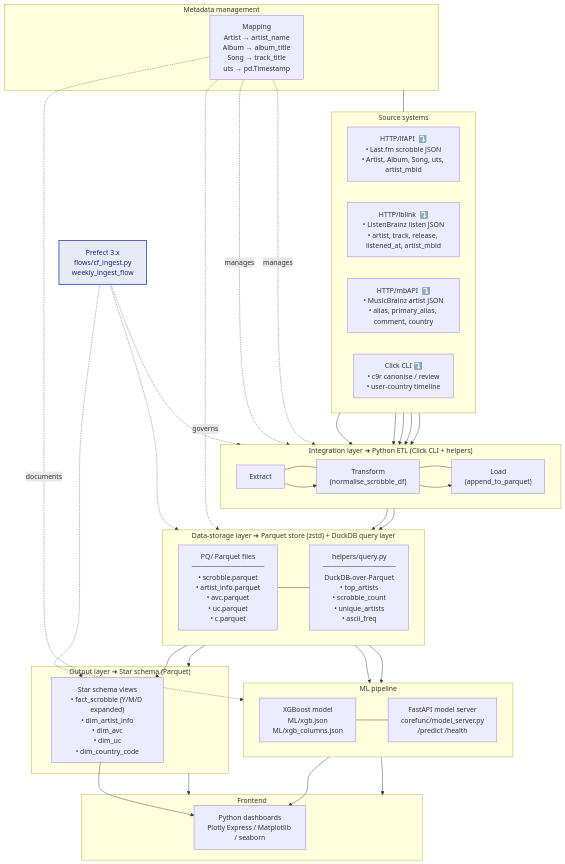
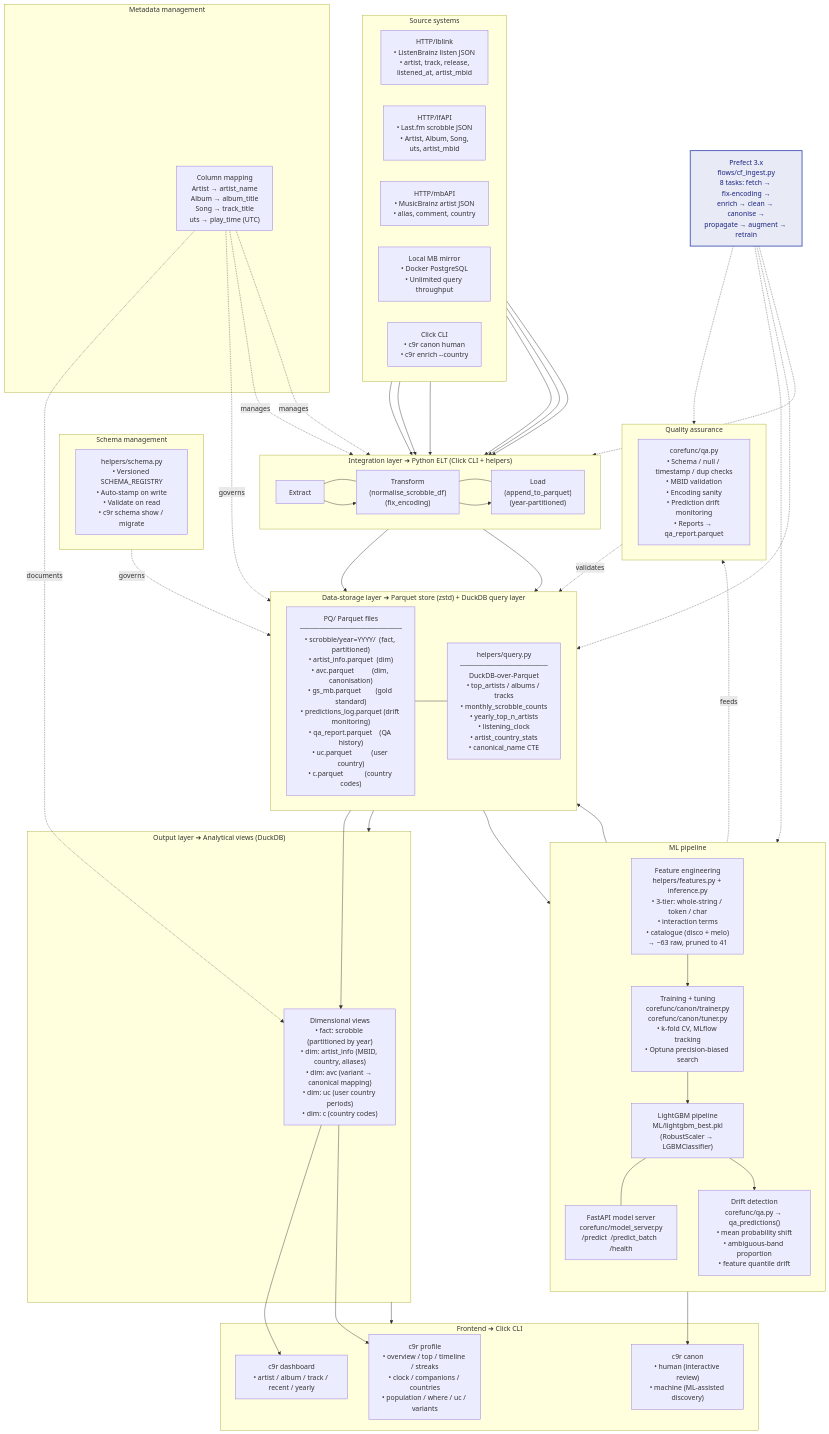
One commit to jurdabos/CanonFodder changed the diagram in docs/BI_architecture.mmd. Above: the diagram before and after it, drawn with Mermaid. The commit also changed 96 other files, not shown here.

```diff
--- a/docs/BI_architecture.mmd
+++ b/docs/BI_architecture.mmd
@@ -1,79 +1,108 @@
-%% c9r v0.6 – BI Reference Architecture (post‑migration)
+%% c9r v0.8 – BI Reference Architecture
 flowchart TB
 
 %% ───── Source layer ─────
 subgraph Source_Systems["Source systems"]
     direction LR
-    lfAPI["HTTP/lfAPI  ⤵️\n• Last.fm scrobble JSON\n• Artist, Album, Song, uts, artist_mbid"]
-    lblink["HTTP/lblink  ⤵️\n• ListenBrainz listen JSON\n• artist, track, release, listened_at, artist_mbid"]
-    mbAPI["HTTP/mbAPI  ⤵️\n• MusicBrainz artist JSON\n• alias, primary_alias, comment, country"]
-    userCLI["Click CLI  ⤵️\n• c9r canonise / review\n• user‑country timeline"]
+    lblink["HTTP/lblink\n• ListenBrainz listen JSON\n• artist, track, release,\n  listened_at, artist_mbid"]
+    lfAPI["HTTP/lfAPI\n• Last.fm scrobble JSON\n• Artist, Album, Song,\n  uts, artist_mbid"]
+    mbAPI["HTTP/mbAPI\n• MusicBrainz artist JSON\n• alias, comment, country"]
+    mbDocker["Local MB mirror\n• Docker PostgreSQL\n• Unlimited query throughput"]
+    userCLI["Click CLI\n• c9r canon human\n• c9r enrich --country"]
 end
 
 %% ───── Integration / Staging layer ─────
-subgraph Staging["Integration layer  ➜  Python ETL (Click CLI + helpers)"]
+subgraph Staging["Integration layer  ➜  Python ELT (Click CLI + helpers)"]
     direction LR
-    extract["Extract"] --- transform["Transform\n(normalise_scrobble_df)"] --- load["Load\n(append_to_parquet)"]
+    extract["Extract"] --- transform["Transform\n(normalise_scrobble_df)\n(fix_encoding)"] --- load["Load\n(append_to_parquet)\n(year‑partitioned)"]
 end
 
 %% ───── Data‑storage layer ─────
 subgraph DWH["Data‑storage layer  ➜  Parquet store (zstd) + DuckDB query layer"]
     direction LR
-    pqstore["PQ/ Parquet files\n───────────────\n• scrobble.parquet\n• artist_info.parquet\n• avc.parquet\n• uc.parquet\n• c.parquet"]
-    duckdb["helpers/query.py\n───────────────\nDuckDB‑over‑Parquet\n• top_artists\n• scrobble_count\n• unique_artists\n• ascii_freq"]
+    pqstore["PQ/ Parquet files\n─────────────────────\n• scrobble/year=YYYY/  (fact, partitioned)\n• artist_info.parquet  (dim)\n• avc.parquet          (dim, canonisation)\n• gs_mb.parquet        (gold standard)\n• predictions_log.parquet (drift monitoring)\n• qa_report.parquet    (QA history)\n• uc.parquet           (user country)\n• c.parquet            (country codes)"]
+    duckdb["helpers/query.py\n──────────────────\nDuckDB‑over‑Parquet\n• top_artists / albums / tracks\n• monthly_scrobble_counts\n• yearly_top_n_artists\n• listening_clock\n• artist_country_stats\n• canonical_name CTE"]
     pqstore --- duckdb
 end
 
 %% ───── ML layer ─────
 subgraph MLPipeline["ML pipeline"]
-    direction LR
-    xgb["XGBoost model\nML/xgb.json\nML/xgb_columns.json"]
-    fastapi["FastAPI model server\ncorefunc/model_server.py\n/predict  /health"]
-    xgb --- fastapi
+    direction TB
+    features["Feature engineering\nhelpers/features.py + inference.py\n• 3‑tier: whole‑string / token / char\n• interaction terms\n• catalogue (disco + melo)\n→ ~63 raw, pruned to 41"]
+    training["Training + tuning\ncorefunc/canon/trainer.py\ncorefunc/canon/tuner.py\n• k‑fold CV, MLflow tracking\n• Optuna precision‑biased search"]
+    lgbm["LightGBM pipeline\nML/lightgbm_best.pkl\n(RobustScaler → LGBMClassifier)"]
+    fastapi["FastAPI model server\ncorefunc/model_server.py\n/predict  /predict_batch  /health"]
+    drift["Drift detection\ncorefunc/qa.py → qa_predictions()\n• mean probability shift\n• ambiguous‑band proportion\n• feature quantile drift"]
+    features --> training --> lgbm
+    lgbm --- fastapi
+    lgbm --> drift
 end
 
-%% ───── Output / star schema layer ─────
-subgraph Output["Output layer  ➜  Star schema (Parquet)"]
-    star["Star schema views\n• fact_scrobble (Y/M/D expanded)\n• dim_artist_info\n• dim_avc\n• dim_uc\n• dim_country_code"]
+%% ───── Schema management ─────
+subgraph SchemaLayer["Schema management"]
+    schema["helpers/schema.py\n• Versioned SCHEMA_REGISTRY\n• Auto‑stamp on write\n• Validate on read\n• c9r schema show / migrate"]
+end
+
+%% ───── QA layer ─────
+subgraph QALayer["Quality assurance"]
+    qa["corefunc/qa.py\n• Schema / null / timestamp / dup checks\n• MBID validation\n• Encoding sanity\n• Prediction drift monitoring\n• Reports → qa_report.parquet"]
+end
+
+%% ───── Output / analytics layer ─────
+subgraph Output["Output layer  ➜  Analytical views (DuckDB)"]
+    star["Dimensional views\n• fact: scrobble (partitioned by year)\n• dim: artist_info (MBID, country, aliases)\n• dim: avc (variant → canonical mapping)\n• dim: uc (user country periods)\n• dim: c (country codes)"]
 end
 
 %% ───── Front‑end / analytics layer ─────
-subgraph Frontend["Frontend"]
-    viz["Python dashboards\nPlotly Express / Matplotlib / seaborn"]
+subgraph Frontend["Frontend  ➜  Click CLI"]
+    dashboard["c9r dashboard\n• artist / album / track / recent / yearly"]
+    profile["c9r profile\n• overview / top / timeline / streaks\n• clock / companions / countries\n• population / where / uc / variants"]
+    canonUI["c9r canon\n• human (interactive review)\n• machine (ML‑assisted discovery)"]
 end
 
 %% ───── Metadata side‑rail ─────
 subgraph Metadata["Metadata management"]
-    mapping["Mapping\n Artist → artist_name\n Album  → album_title\n Song   → track_title\n uts    → pd.Timestamp"]
+    mapping["Column mapping\n Artist → artist_name\n Album  → album_title\n Song   → track_title\n uts    → play_time (UTC)"]
 end
 
 %% ───── Orchestration ─────
-Prefect["Prefect 3.x\nflows/cf_ingest.py\nweekly_ingest_flow"]:::orch
+Prefect["Prefect 3.x\nflows/cf_ingest.py\n8 tasks: fetch → fix‑encoding →\nenrich → clean → canonise →\npropagate → augment → retrain"]:::orch
 classDef orch fill:#E8EAF6,stroke:#3F51B5,stroke-width:2px,color:#1A237E
 
-%% ───── Configure layout directions ─────
-Source_Systems --> Staging --> DWH --> Output --> Frontend
-DWH --> MLPipeline --> Frontend
+%% ───── Layout flow ─────
+Source_Systems --> Staging --> DWH
+DWH --> Output --> Frontend
+DWH --> MLPipeline
+MLPipeline --> DWH
 
 %% ───── Data flow arrows ─────
+lblink --> extract
 lfAPI --> extract
-lblink --> extract
 mbAPI --> extract
+mbDocker --> extract
 userCLI --> extract
 
 extract --> transform --> load --> pqstore
-duckdb --> star --> viz
-duckdb --> xgb
-fastapi --> viz
+duckdb --> star
+star --> dashboard
+star --> profile
+lgbm --> canonUI
 
-%% metadata dotted links
-Metadata --- Source_Systems
+%% ───── Schema governs storage ─────
+SchemaLayer -. governs .-> pqstore
+
+%% ───── QA checks ─────
+QALayer -. validates .-> pqstore
+drift -. feeds .-> QALayer
+
+%% ───── Metadata links ─────
 mapping -. manages .-> extract
 mapping -. manages .-> transform
 mapping -. governs .-> pqstore
 mapping -. documents .-> star
 
-%% orchestration
+%% ───── Orchestration ─────
 Prefect -.-> Staging
 Prefect -.-> DWH
 Prefect -.-> MLPipeline
+Prefect -.-> QALayer
```
